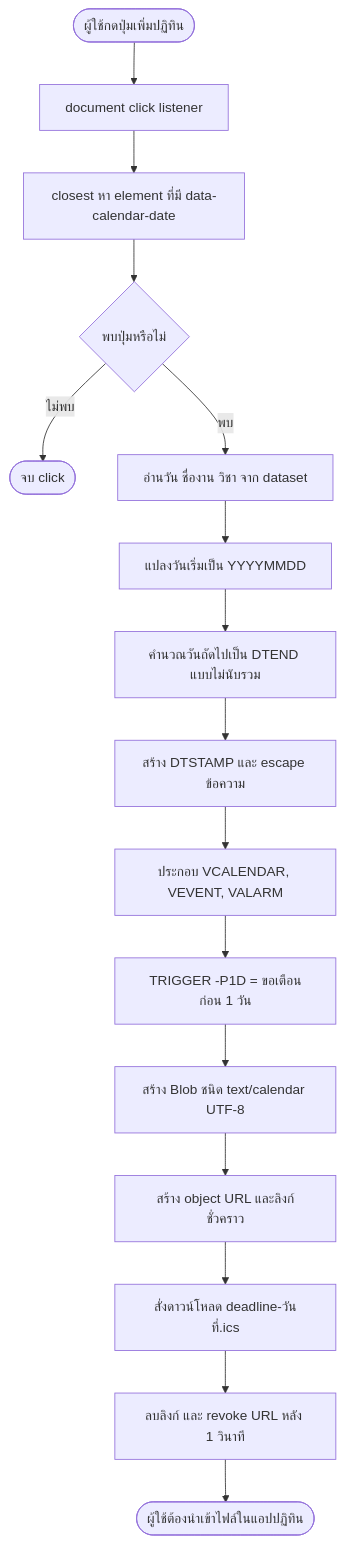
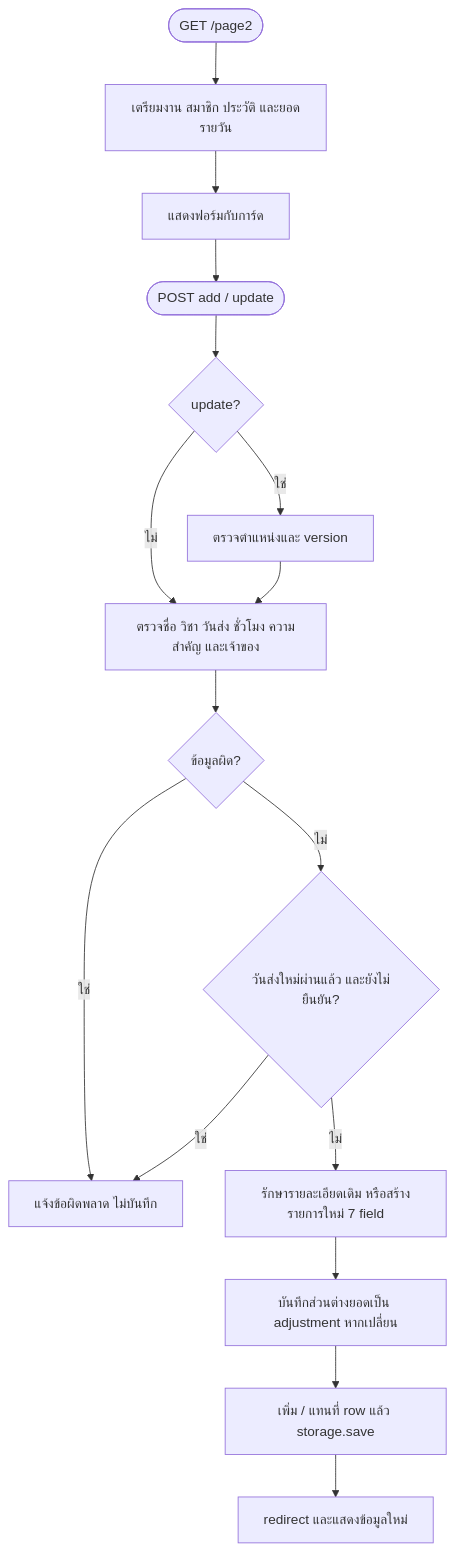
One commit to aiy157/ManagerTime changed the fifth of 10 diagrams in docs/presentation/FLOWCHARTS.md. Above: the diagram before and after it, drawn with Mermaid. The commit also changed other lines of this file and 68 other files, not shown here.

````diff
--- a/docs/presentation/FLOWCHARTS.md
+++ b/docs/presentation/FLOWCHARTS.md
@@ -145,18 +88,18 @@
 ```mermaid
 flowchart TD
-    A(["ผู้ใช้กดปุ่มเพิ่มปฏิทิน"]) --> B["document click listener"]
-    B --> C["closest หา element ที่มี data-calendar-date"]
-    C --> D{"พบปุ่มหรือไม่"}
-    D -->|ไม่พบ| Z(["จบ click"])
-    D -->|พบ| E["อ่านวัน ชื่องาน วิชา จาก dataset"]
-    E --> F["แปลงวันเริ่มเป็น YYYYMMDD"]
-    F --> G["คำนวณวันถัดไปเป็น DTEND แบบไม่นับรวม"]
-    G --> H["สร้าง DTSTAMP และ escape ข้อความ"]
-    H --> I["ประกอบ VCALENDAR, VEVENT, VALARM"]
-    I --> J["TRIGGER -P1D = ขอเตือนก่อน 1 วัน"]
-    J --> K["สร้าง Blob ชนิด text/calendar UTF-8"]
-    K --> L["สร้าง object URL และลิงก์ชั่วคราว"]
-    L --> M["สั่งดาวน์โหลด deadline-วันที่.ics"]
-    M --> N["ลบลิงก์ และ revoke URL หลัง 1 วินาที"]
-    N --> O(["ผู้ใช้ต้องนำเข้าไฟล์ในแอปปฏิทิน"])
+    A(["GET /page2"]) --> B["เตรียมงาน สมาชิก ประวัติ และยอดรายวัน"]
+    B --> C["แสดงฟอร์มกับการ์ด"]
+    C --> D(["POST add / update"])
+    D --> E{"update?"}
+    E -->|ใช่| F["ตรวจตำแหน่งและ version"]
+    E -->|ไม่| G["ตรวจชื่อ วิชา วันส่ง ชั่วโมง ความสำคัญ และเจ้าของ"]
+    F --> G
+    G --> H{"ข้อมูลผิด?"}
+    H -->|ใช่| X["แจ้งข้อผิดพลาด ไม่บันทึก"]
+    H -->|ไม่| I{"วันส่งใหม่ผ่านแล้ว และยังไม่ยืนยัน?"}
+    I -->|ใช่| X
+    I -->|ไม่| J["รักษารายละเอียดเดิม หรือสร้างรายการใหม่ 7 field"]
+    J --> K["บันทึกส่วนต่างยอดเป็น adjustment หากเปลี่ยน"]
+    K --> L["เพิ่ม / แทนที่ row แล้ว storage.save"]
+    L --> M["redirect และแสดงข้อมูลใหม่"]
 ```
````
